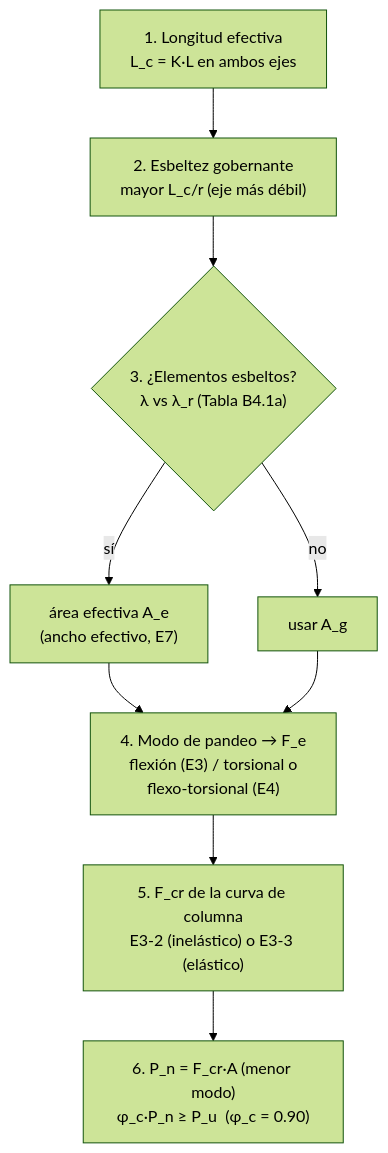
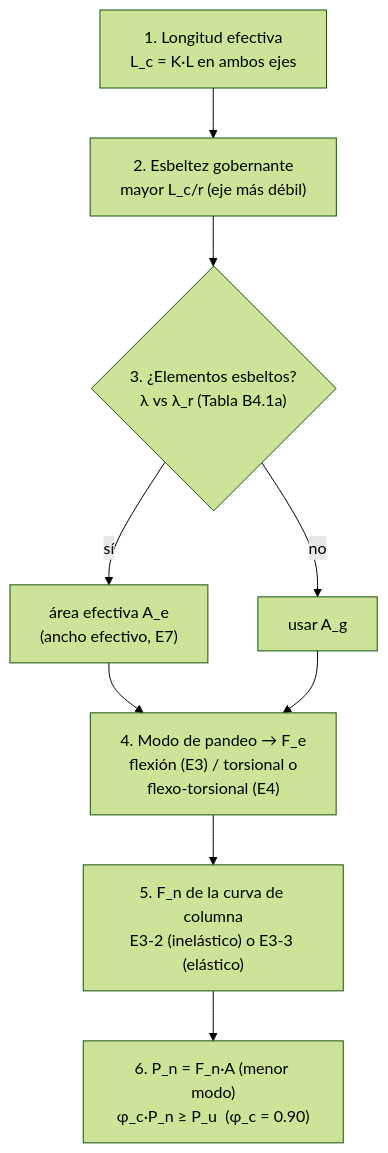
Before and after one commit to fcocarrascob/fcocarrascob.github.io: the diagram in src/content/acero/aisc360-22-capE-compresion.mdx, drawn with Mermaid (forest theme). The commit also changed other lines of this file and 11 other files, not shown here.

````diff
--- a/src/content/acero/aisc360-22-capE-compresion.mdx
+++ b/src/content/acero/aisc360-22-capE-compresion.mdx
@@ -237,11 +244,11 @@
 ```mermaid
 flowchart TD
     A["1. Longitud efectiva<br/>L_c = K·L en ambos ejes"] --> B["2. Esbeltez gobernante<br/>mayor L_c/r  (eje más débil)"]
     B --> C{"3. ¿Elementos esbeltos?<br/>λ vs λ_r (Tabla B4.1a)"}
     C -- "sí" --> D["área efectiva A_e<br/>(ancho efectivo, E7)"]
     C -- "no" --> E["usar A_g"]
     D --> F["4. Modo de pandeo → F_e<br/>flexión (E3) / torsional o<br/>flexo-torsional (E4)"]
     E --> F
-    F --> G["5. F_cr de la curva de columna<br/>E3-2 (inelástico) o E3-3 (elástico)"]
-    G --> H["6. P_n = F_cr·A (menor modo)<br/>φ_c·P_n ≥ P_u  (φ_c = 0.90)"]
+    F --> G["5. F_n de la curva de columna<br/>E3-2 (inelástico) o E3-3 (elástico)"]
+    G --> H["6. P_n = F_n·A (menor modo)<br/>φ_c·P_n ≥ P_u  (φ_c = 0.90)"]
 ```
````
